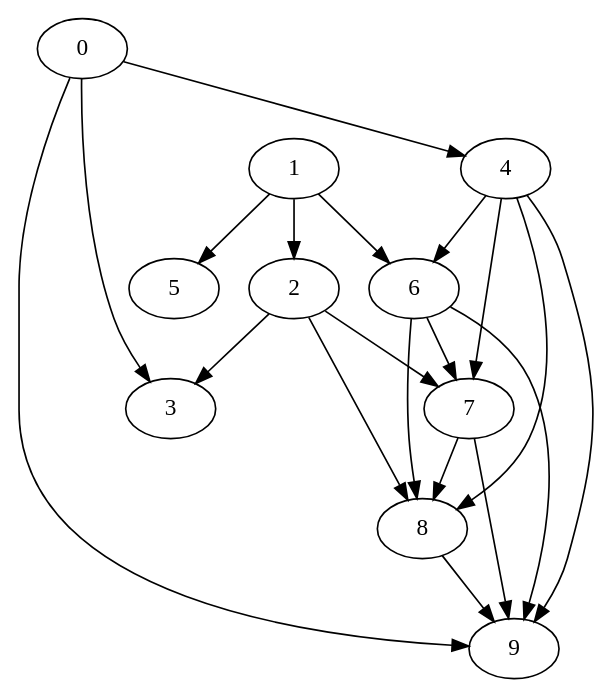
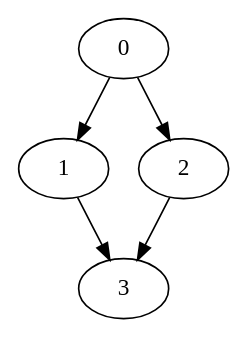
One commit to dder725/ProcessScheduler changed the diagram in INPUT-output.dot. Above: the diagram before and after it, drawn with Graphviz. The commit also changed 4 other files, not shown here.

```diff
--- a/INPUT-output.dot
+++ b/INPUT-output.dot
@@ -1,32 +1,11 @@
 digraph " Output " {
-5           [Weight=7,Start=33,Processor=0];
-3           [Weight=10,Start=40,Processor=1];
-0           [Weight=6,Start=0,Processor=2];
-0 -> 3      [Weight = 34];
-0 -> 4      [Weight = 24];
-0 -> 9      [Weight = 44];
-4           [Weight=3,Start=6,Processor=2];
-4 -> 6      [Weight = 10];
-4 -> 7      [Weight = 48];
-4 -> 8      [Weight = 48];
-4 -> 9      [Weight = 39];
-1           [Weight=5,Start=9,Processor=2];
-1 -> 2      [Weight = 48];
-1 -> 5      [Weight = 19];
-1 -> 6      [Weight = 39];
-2           [Weight=5,Start=14,Processor=2];
-2 -> 3      [Weight = 10];
-2 -> 7      [Weight = 48];
-2 -> 8      [Weight = 48];
-6           [Weight=8,Start=19,Processor=2];
-6 -> 7      [Weight = 15];
-6 -> 8      [Weight = 39];
-6 -> 9      [Weight = 29];
-7           [Weight=3,Start=27,Processor=2];
-7 -> 8      [Weight = 15];
-7 -> 9      [Weight = 34];
-8           [Weight=8,Start=30,Processor=2];
-8 -> 9      [Weight = 39];
-9           [Weight=8,Start=38,Processor=2];
+0           [Weight=2,Start=0,Processor=0];
+0 -> 1      [Weight = 2];
+0 -> 2      [Weight = 1];
+2           [Weight=3,Start=2,Processor=0];
+2 -> 3      [Weight = 1];
+1           [Weight=2,Start=4,Processor=1];
+1 -> 3      [Weight = 3];
+3           [Weight=2,Start=6,Processor=1];
 
 }
```
